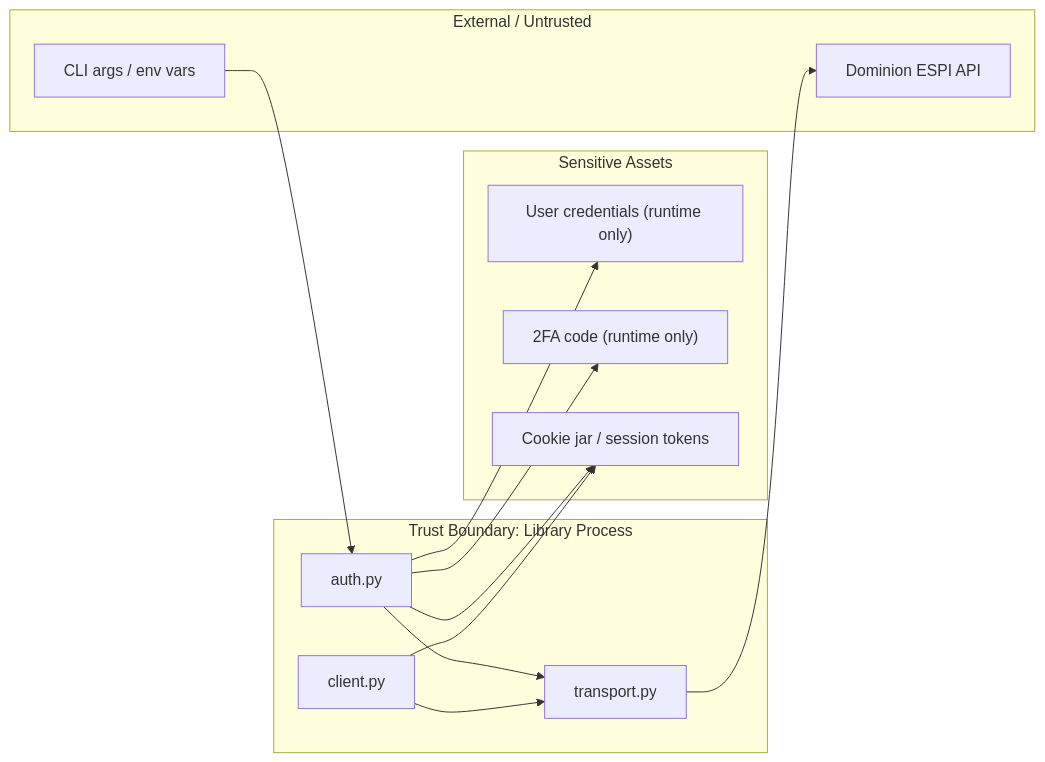
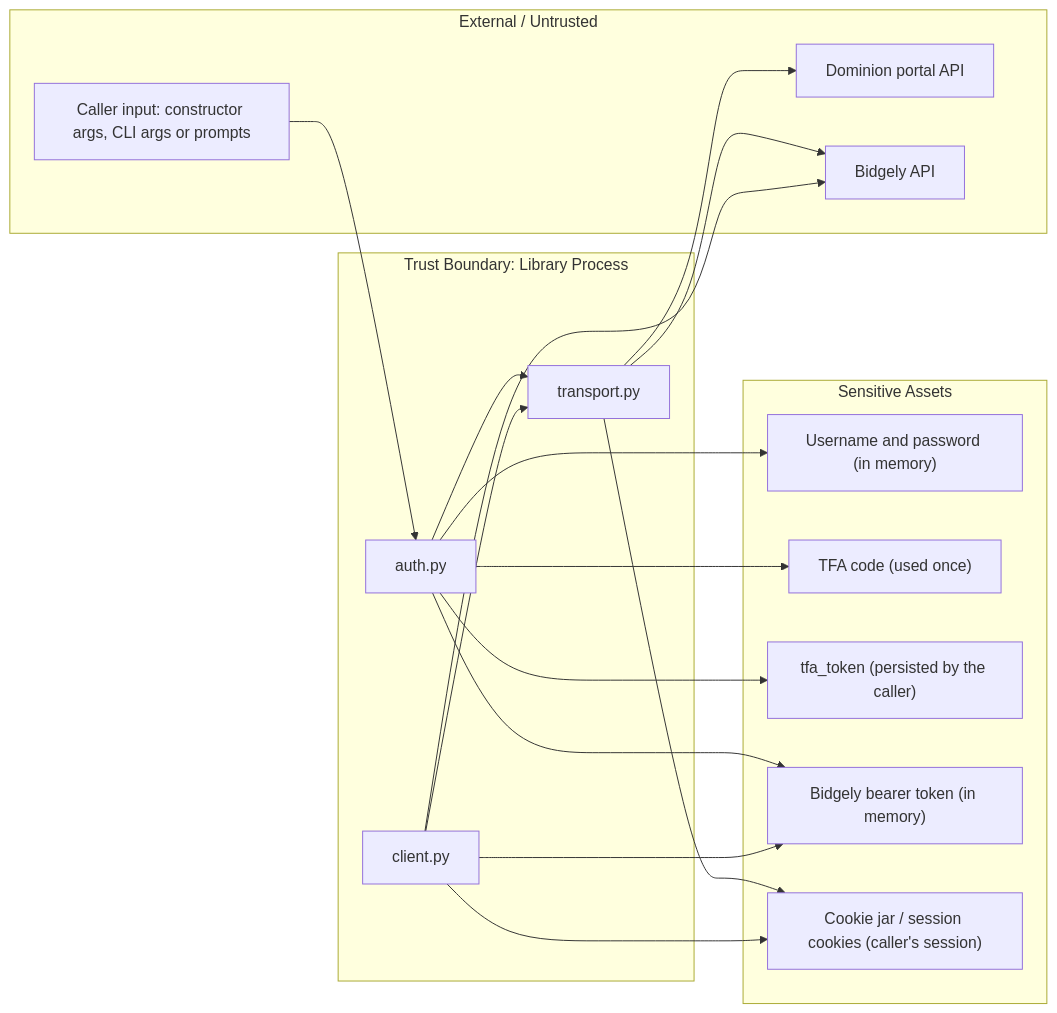
One commit to hype8912/dominion-sc-power changed the third of 3 diagrams in docs/architecture/04-security.md. Above: the diagram before and after it, drawn with Mermaid. The commit also changed other lines of this file and 20 other files, not shown here.

````diff
--- a/docs/architecture/04-security.md
+++ b/docs/architecture/04-security.md
@@ -58,26 +63,34 @@
 ```mermaid
 flowchart LR
     subgraph TrustBoundary["Trust Boundary: Library Process"]
         AuthMod["auth.py"]
         ClientMod["client.py"]
         TransportMod["transport.py"]
     end
     subgraph SensitiveAssets["Sensitive Assets"]
-        Creds["User credentials (runtime only)"]
-        TFA_Code["2FA code (runtime only)"]
-        Session["Cookie jar / session tokens"]
+        Creds["Username and password (in memory)"]
+        TFA_Code["TFA code (used once)"]
+        TFA_Token["tfa_token (persisted by the caller)"]
+        Bearer["Bidgely bearer token (in memory)"]
+        Session["Cookie jar / session cookies (caller's session)"]
     end
     subgraph External["External / Untrusted"]
-        UserInput["CLI args / env vars"]
-        DominionAPI["Dominion ESPI API"]
+        UserInput["Caller input: constructor args, CLI args or prompts"]
+        DominionAPI["Dominion portal API"]
+        BidgelyAPI["Bidgely API"]
     end
 
     UserInput --> AuthMod
     AuthMod --> Creds
     AuthMod --> TFA_Code
-    AuthMod --> Session
+    AuthMod --> TFA_Token
+    AuthMod --> Bearer
     AuthMod --> TransportMod
+    TransportMod --> Session
     TransportMod --> DominionAPI
+    TransportMod --> BidgelyAPI
+    ClientMod --> Bearer
     ClientMod --> Session
     ClientMod --> TransportMod
+    ClientMod --> BidgelyAPI
 ```
````
